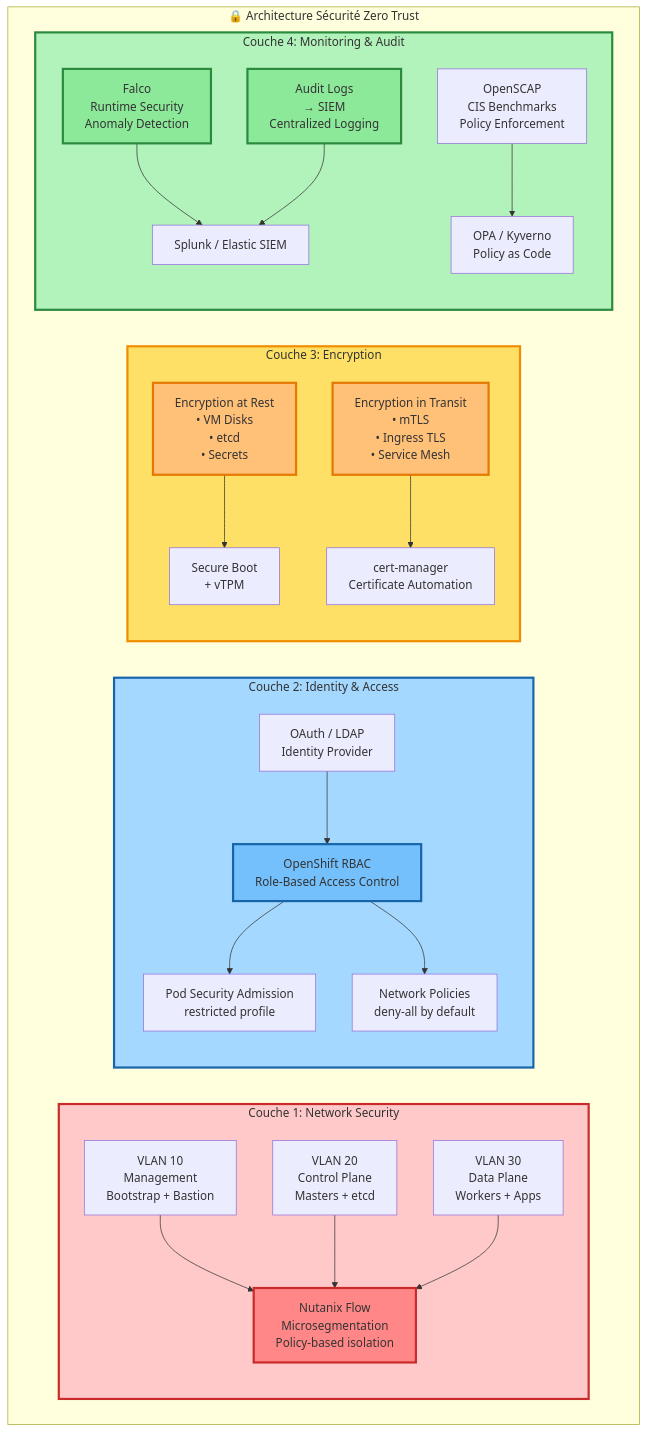
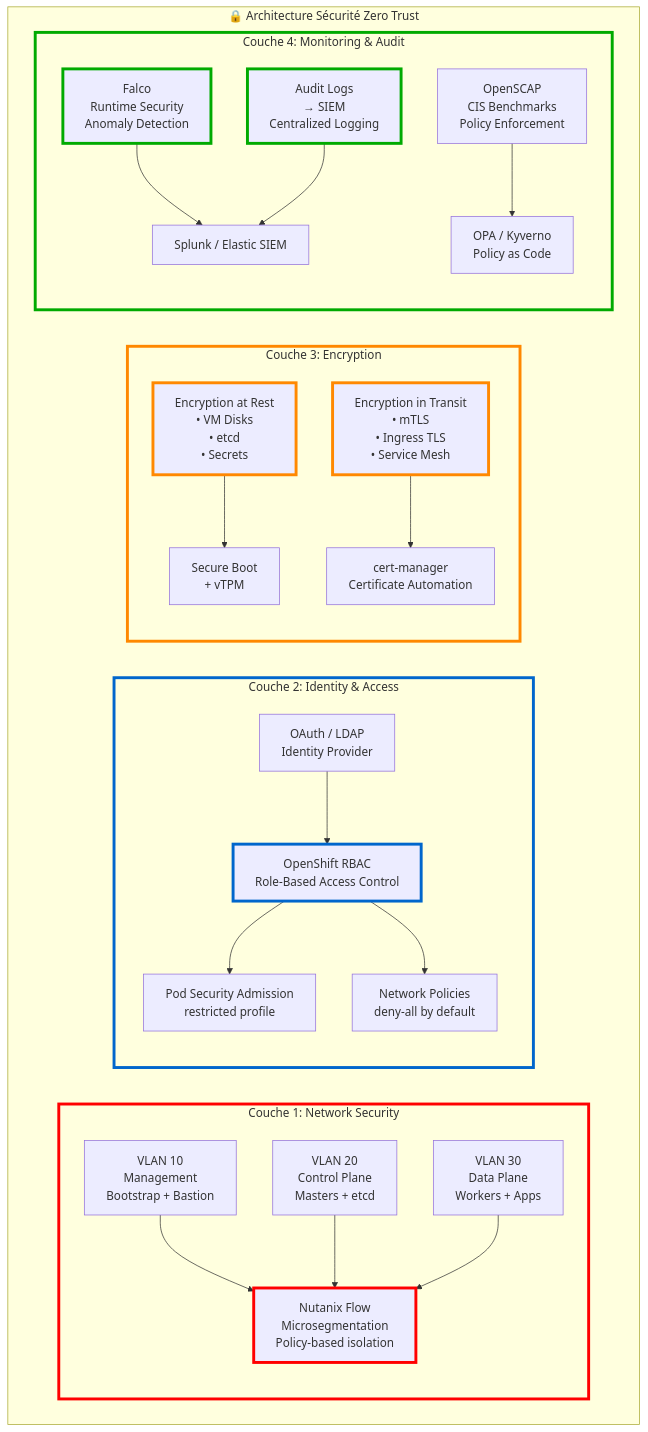
One commit to Z3ROX-lab/gtt-terraform-pour-openshift-UPI changed the seventh of 8 diagrams in DIAGRAMS_MERMAID.md. Above: the diagram before and after it, drawn with Mermaid. The commit also changed other lines of this file, not shown here.

First line of the commit message:
Amélioration lisibilité diagrammes Mermaid + correction erreur

````diff
--- a/DIAGRAMS_MERMAID.md
+++ b/DIAGRAMS_MERMAID.md
@@ -440,56 +440,56 @@
 ```mermaid
 graph TB
     subgraph ZeroTrust["🔒 Architecture Sécurité Zero Trust"]
         subgraph Layer1["Couche 1: Network Security"]
             VLAN1[VLAN 10<br/>Management<br/>Bootstrap + Bastion]
             VLAN2[VLAN 20<br/>Control Plane<br/>Masters + etcd]
             VLAN3[VLAN 30<br/>Data Plane<br/>Workers + Apps]
 
             Microseg[Nutanix Flow<br/>Microsegmentation<br/>Policy-based isolation]
 
             VLAN1 --> Microseg
             VLAN2 --> Microseg
             VLAN3 --> Microseg
         end
 
         subgraph Layer2["Couche 2: Identity & Access"]
             RBAC[OpenShift RBAC<br/>Role-Based Access Control]
             OAuth[OAuth / LDAP<br/>Identity Provider]
             PSA[Pod Security Admission<br/>restricted profile]
             NetPol[Network Policies<br/>deny-all by default]
 
             OAuth --> RBAC
             RBAC --> PSA
             RBAC --> NetPol
         end
 
         subgraph Layer3["Couche 3: Encryption"]
             AtRest[Encryption at Rest<br/>• VM Disks<br/>• etcd<br/>• Secrets]
             InTransit[Encryption in Transit<br/>• mTLS<br/>• Ingress TLS<br/>• Service Mesh]
 
             AtRest --> SecureBoot[Secure Boot<br/>+ vTPM]
             InTransit --> CertMgr[cert-manager<br/>Certificate Automation]
         end
 
         subgraph Layer4["Couche 4: Monitoring & Audit"]
             Runtime[Falco<br/>Runtime Security<br/>Anomaly Detection]
             Audit[Audit Logs<br/>→ SIEM<br/>Centralized Logging]
             Compliance[OpenSCAP<br/>CIS Benchmarks<br/>Policy Enforcement]
 
             Runtime --> SIEM[Splunk / Elastic SIEM]
             Audit --> SIEM
             Compliance --> OPA[OPA / Kyverno<br/>Policy as Code]
         end
     end
 
-    style Layer1 fill:#ffc9c9,stroke:#c92a2a,stroke-width:3px
-    style Layer2 fill:#a5d8ff,stroke:#1864ab,stroke-width:3px
-    style Layer3 fill:#ffe066,stroke:#f08c00,stroke-width:3px
-    style Layer4 fill:#b2f2bb,stroke:#2b8a3e,stroke-width:3px
-    style Microseg fill:#ff8787,stroke:#c92a2a,stroke-width:3px
-    style RBAC fill:#74c0fc,stroke:#1864ab,stroke-width:3px
-    style AtRest fill:#ffc078,stroke:#e67700,stroke-width:3px
-    style InTransit fill:#ffc078,stroke:#e67700,stroke-width:3px
-    style Runtime fill:#8ce99a,stroke:#2b8a3e,stroke-width:3px
-    style Audit fill:#8ce99a,stroke:#2b8a3e,stroke-width:3px
+    style Layer1 stroke:#FF0000,stroke-width:4px
+    style Layer2 stroke:#0066CC,stroke-width:4px
+    style Layer3 stroke:#FF8800,stroke-width:4px
+    style Layer4 stroke:#00AA00,stroke-width:4px
+    style Microseg stroke:#FF0000,stroke-width:4px
+    style RBAC stroke:#0066CC,stroke-width:4px
+    style AtRest stroke:#FF8800,stroke-width:4px
+    style InTransit stroke:#FF8800,stroke-width:4px
+    style Runtime stroke:#00AA00,stroke-width:4px
+    style Audit stroke:#00AA00,stroke-width:4px
 ```
````
